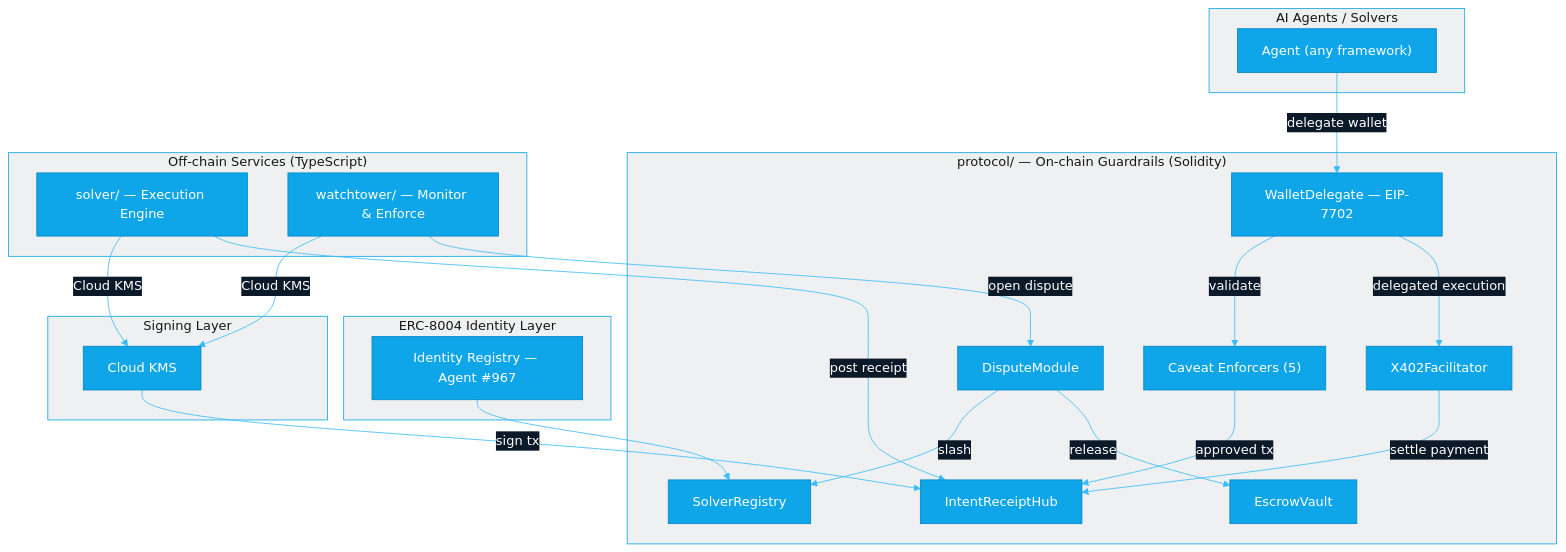
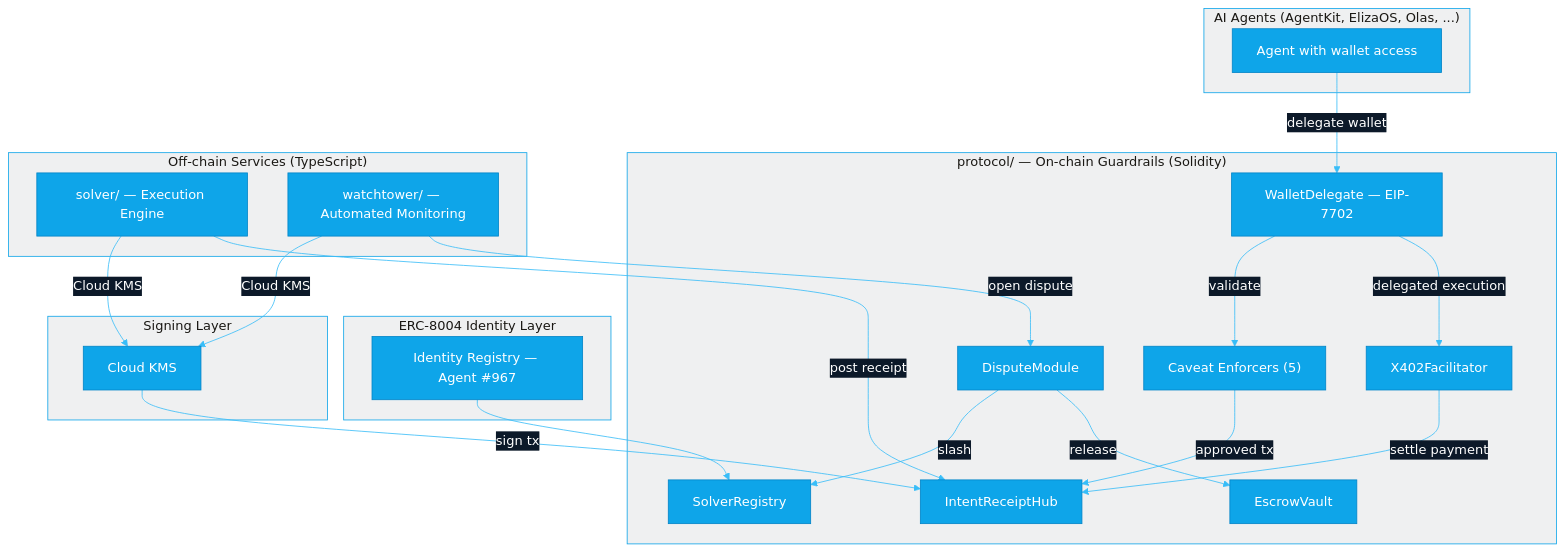
Before and after one commit to jeremylongshore/irsb: the second of 3 diagrams in README.md, drawn with Mermaid. The commit also changed other lines of this file and 7 other files, not shown here.

````diff
--- a/README.md
+++ b/README.md
@@ -95,53 +139,53 @@
 ```mermaid
 %%{init: {'theme': 'base', 'themeVariables': {
   'primaryColor': '#0ea5e9',
   'primaryBorderColor': '#0284c7',
   'primaryTextColor': '#ffffff',
   'lineColor': '#38bdf8',
   'secondaryColor': '#0c1929',
   'tertiaryColor': '#e5e7eb',
   'clusterBkg': '#0c192910',
   'clusterBorder': '#0ea5e9'
 }}}%%
 flowchart TB
-    subgraph Agents["AI Agents / Solvers"]
-        AG["Agent (any framework)"]
+    subgraph Agents["AI Agents (AgentKit, ElizaOS, Olas, ...)"]
+        AG["Agent with wallet access"]
     end
 
     subgraph ERC8004["ERC-8004 Identity Layer"]
         REG["Identity Registry — Agent #967"]
     end
 
     subgraph Protocol["protocol/ — On-chain Guardrails (Solidity)"]
         WD["WalletDelegate — EIP-7702"]
         ENF["Caveat Enforcers (5)"]
         IRH[IntentReceiptHub]
         SR[SolverRegistry]
         DM[DisputeModule]
         EV[EscrowVault]
         X402["X402Facilitator"]
     end
 
     subgraph Signing["Signing Layer"]
         KMS["Cloud KMS"]
     end
 
     subgraph OffChain["Off-chain Services (TypeScript)"]
         SOL["solver/ — Execution Engine"]
-        WT["watchtower/ — Monitor & Enforce"]
+        WT["watchtower/ — Automated Monitoring"]
     end
 
     AG -->|delegate wallet| WD
     WD -->|validate| ENF
     ENF -->|approved tx| IRH
     REG --> SR
     SOL -->|Cloud KMS| KMS
     WT -->|Cloud KMS| KMS
     KMS -->|sign tx| IRH
     SOL -->|post receipt| IRH
     WT -->|open dispute| DM
     DM -->|slash| SR
     DM -->|release| EV
     WD -->|delegated execution| X402
     X402 -->|settle payment| IRH
 ```
````
